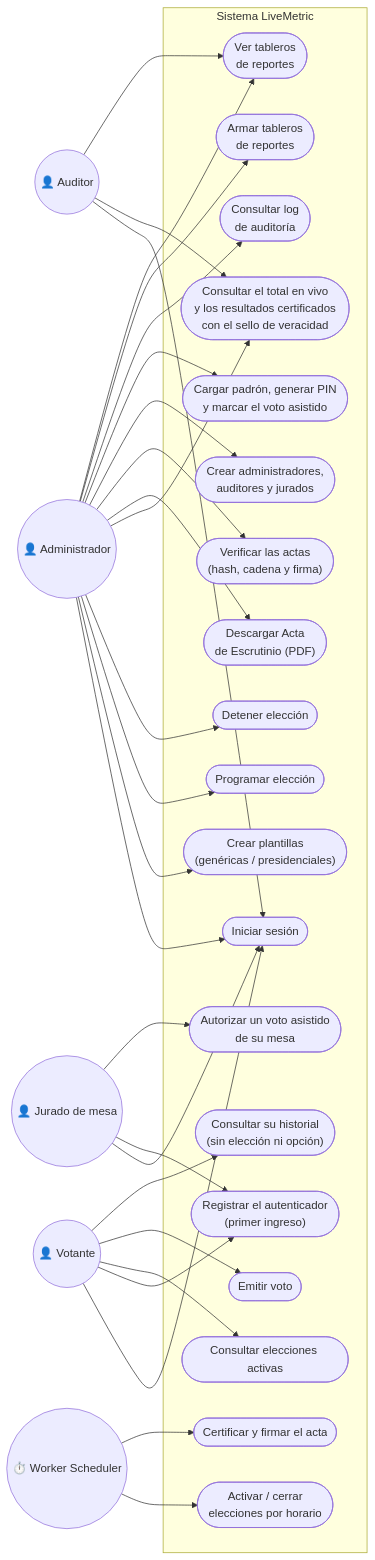
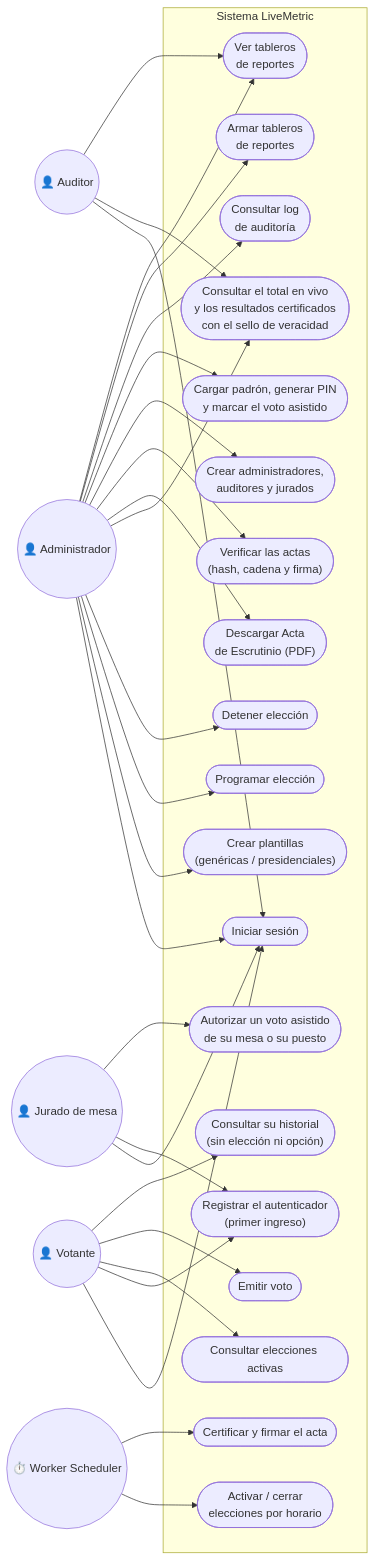
One commit to NicolasPineda1421/LiveMetric changed the fourth of 5 diagrams in docs/manual-arquitectura.md. Above: the diagram before and after it, drawn with Mermaid. The commit also changed other lines of this file and 22 other files, not shown here.

First line of the commit message:
Jurado de mesa o de todo el puesto, elegido del padron

````diff
--- a/docs/manual-arquitectura.md
+++ b/docs/manual-arquitectura.md
@@ -258,60 +258,60 @@
 ```mermaid
 graph LR
     Admin(("👤 Administrador"))
     Auditor(("👤 Auditor"))
     Jurado(("👤 Jurado de mesa"))
     Votante(("👤 Votante"))
     Reloj(("⏱️ Worker Scheduler"))
 
     subgraph Sistema["Sistema LiveMetric"]
         UC1(["Iniciar sesión"])
         UC2(["Crear plantillas<br/>(genéricas / presidenciales)"])
         UC3(["Programar elección"])
         UC4(["Detener elección"])
         UC5(["Consultar el total en vivo<br/>y los resultados certificados<br/>con el sello de veracidad"])
         UC6(["Descargar Acta<br/>de Escrutinio (PDF)"])
         UC7(["Verificar las actas<br/>(hash, cadena y firma)"])
         UC8(["Crear administradores,<br/>auditores y jurados"])
         UC9(["Cargar padrón, generar PIN<br/>y marcar el voto asistido"])
         UC10(["Consultar log<br/>de auditoría"])
         UC15(["Armar tableros<br/>de reportes"])
         UC16(["Ver tableros<br/>de reportes"])
         UC11(["Consultar elecciones activas"])
         UC12(["Emitir voto"])
         UC17(["Consultar su historial<br/>(sin elección ni opción)"])
         UC18(["Registrar el autenticador<br/>(primer ingreso)"])
-        UC19(["Autorizar un voto asistido<br/>de su mesa"])
+        UC19(["Autorizar un voto asistido<br/>de su mesa o su puesto"])
         UC13(["Activar / cerrar<br/>elecciones por horario"])
         UC14(["Certificar y firmar el acta"])
     end
 
     Admin --> UC1
     Admin --> UC2
     Admin --> UC3
     Admin --> UC4
     Admin --> UC5
     Admin --> UC6
     Admin --> UC7
     Admin --> UC8
     Admin --> UC9
     Admin --> UC10
     Admin --> UC15
     Admin --> UC16
 
     Auditor --> UC1
     Auditor --> UC5
     Auditor --> UC16
 
     Jurado --> UC1
     Jurado --> UC18
     Jurado --> UC19
 
     Votante --> UC1
     Votante --> UC18
     Votante --> UC11
     Votante --> UC12
     Votante --> UC17
 
     Reloj --> UC13
     Reloj --> UC14
 ```
````
